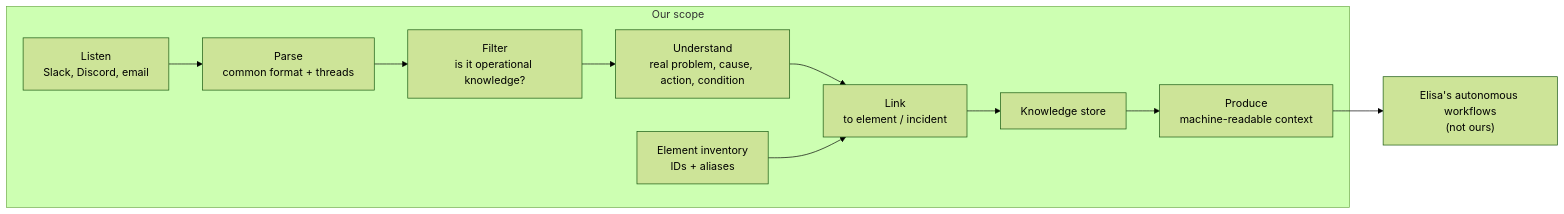
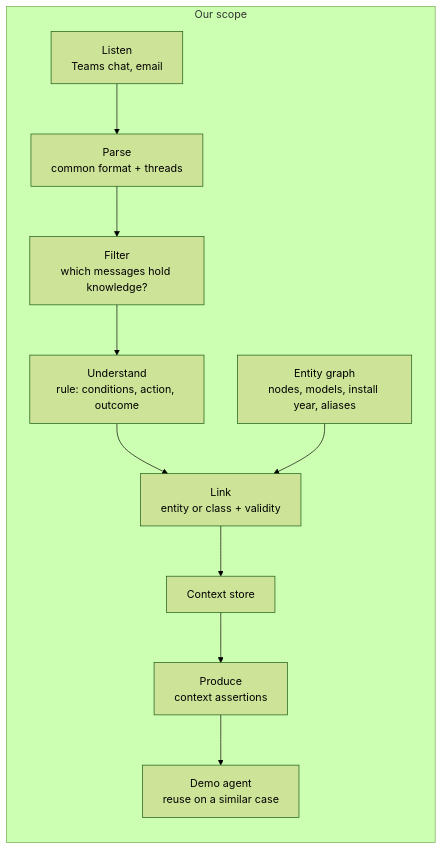
The second of 2 diagrams in docs/architecture.md (The-trappists/elidex), drawn with Mermaid (forest theme) before and after one commit. The commit also changed other lines of this file and 6 other files, not shown here.

````diff
--- a/docs/architecture.md
+++ b/docs/architecture.md
@@ -9,13 +26,13 @@
 ```mermaid
 flowchart LR
     subgraph Ours["Our scope"]
-        RAW["Listen<br/>Slack, Discord, email"] --> PAR["Parse<br/>common format + threads"]
-        PAR --> FIL["Filter<br/>is it operational knowledge?"]
-        FIL --> UND["Understand<br/>real problem, cause, action, condition"]
-        UND --> LNK["Link<br/>to element / incident"]
-        INV["Element inventory<br/>IDs + aliases"] --> LNK
-        LNK --> STORE["Knowledge store"]
-        STORE --> OUT["Produce<br/>machine-readable context"]
+        RAW["Listen<br/>Teams chat, email"] --> PAR["Parse<br/>common format + threads"]
+        PAR --> FIL["Filter<br/>which messages hold knowledge?"]
+        FIL --> UND["Understand<br/>rule: conditions, action, outcome"]
+        UND --> LNK["Link<br/>entity or class + validity"]
+        INV["Entity graph<br/>nodes, models, install year, aliases"] --> LNK
+        LNK --> STORE["Context store"]
+        STORE --> OUT["Produce<br/>context assertions"]
+        OUT --> AGT["Demo agent<br/>reuse on a similar case"]
     end
-    OUT --> CONS["Elisa's autonomous workflows<br/>(not ours)"]
 ```
````
